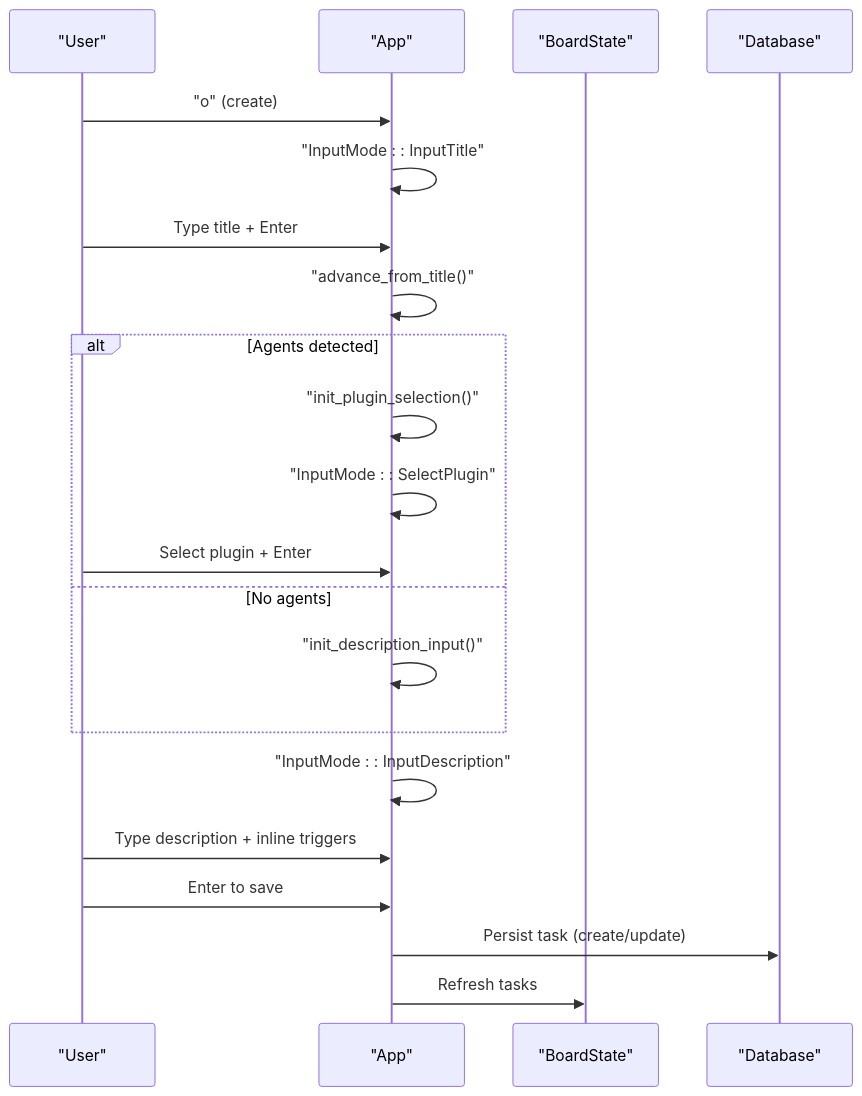
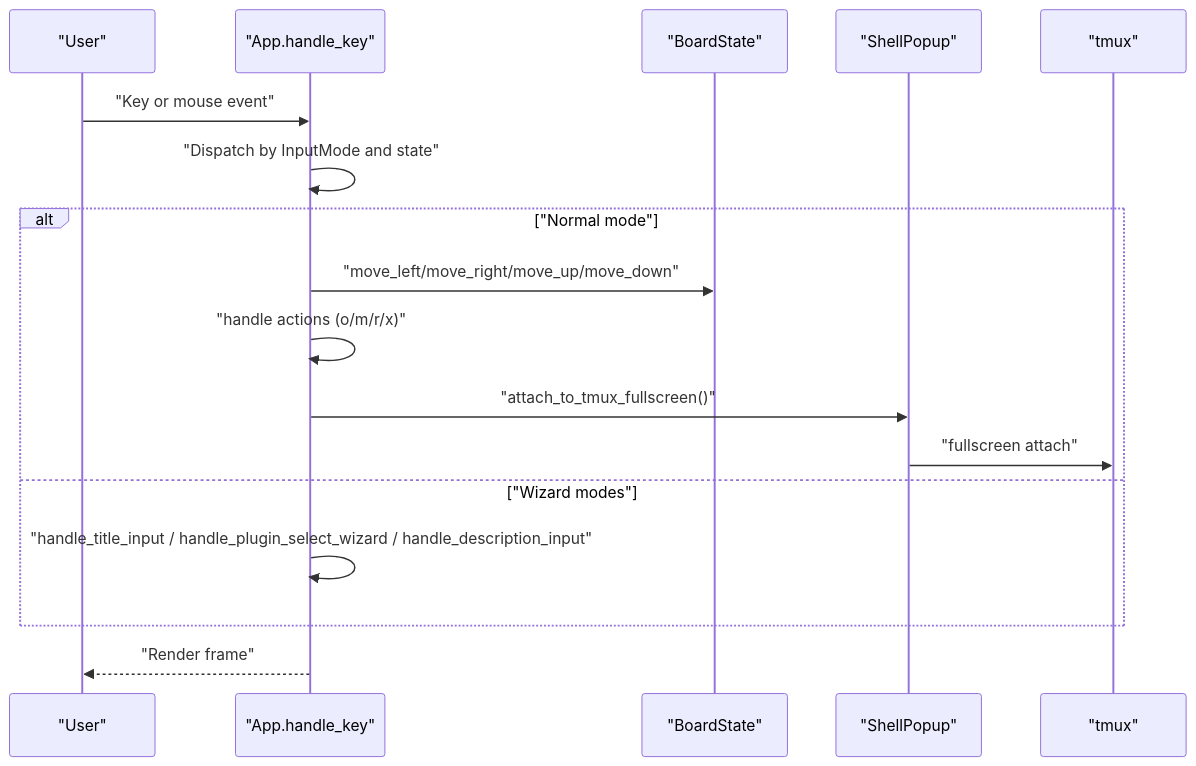
Before and after one commit to bramburn/agtx: the second of 5 diagrams in .qoder/repowiki/en/content/User Interface Guide/User Interface Guide.md, drawn with Mermaid. The commit also changed other lines of this file and 140 other files, not shown here.

First line of the commit message:
fix(tui): add F2 footer navigation support to shell popup

````diff
--- a/.qoder/repowiki/en/content/User Interface Guide/User Interface Guide.md
+++ b/.qoder/repowiki/en/content/User Interface Guide/User Interface Guide.md
@@ -174,23 +69,19 @@
 ```mermaid
 sequenceDiagram
-participant U as "User"
-participant App as "App"
+participant User as "User"
+participant App as "App.handle_key"
 participant Board as "BoardState"
-participant DB as "Database"
-U->>App : "o" (create)
-App->>App : "InputMode : : InputTitle"
-U->>App : Type title + Enter
-App->>App : "advance_from_title()"
-alt Agents detected
-App->>App : "init_plugin_selection()"
-App->>App : "InputMode : : SelectPlugin"
-U->>App : Select plugin + Enter
-else No agents
-App->>App : "init_description_input()"
+participant Popup as "ShellPopup"
+participant Tmux as "tmux"
+User->>App : "Key or mouse event"
+App->>App : "Dispatch by InputMode and state"
+alt "Normal mode"
+App->>Board : "move_left/move_right/move_up/move_down"
+App->>App : "handle actions (o/m/r/x)"
+App->>Popup : "attach_to_tmux_fullscreen()"
+Popup->>Tmux : "fullscreen attach"
+else "Wizard modes"
+App->>App : "handle_title_input / handle_plugin_select_wizard / handle_description_input"
 end
-App->>App : "InputMode : : InputDescription"
-U->>App : Type description + inline triggers
-U->>App : Enter to save
-App->>DB : Persist task (create/update)
-App->>Board : Refresh tasks
+App-->>User : "Render frame"
 ```
````
